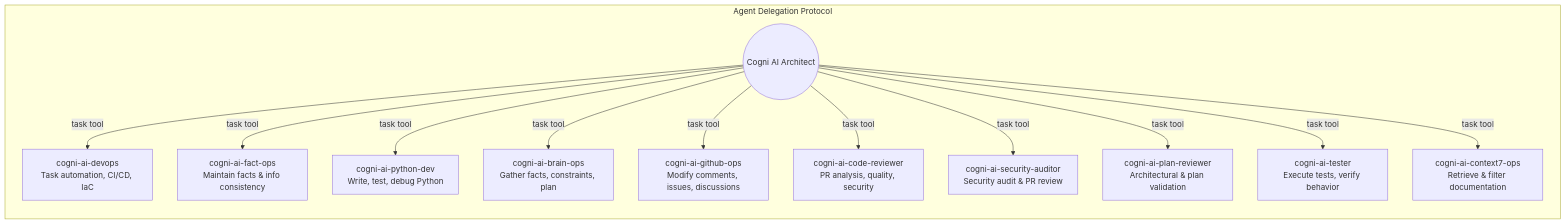
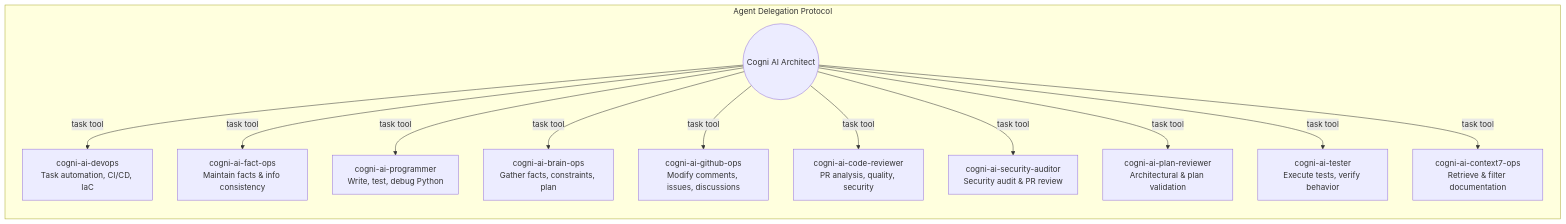
Before and after one commit to Cogni-AI-OU/cogni-ai-agentic-collections: the first of 2 diagrams in skills/subagent-task/SKILL.md, drawn with Mermaid. The commit also changed other lines of this file and 9 other files, not shown here.

Commit message:
Setup cogni-ai-programmer plugin.

````diff
--- a/skills/subagent-task/SKILL.md
+++ b/skills/subagent-task/SKILL.md
@@ -44,20 +44,20 @@
 ```mermaid
 %% --------------------------------------------------------
 %% Agent Delegation Protocol
 %% --------------------------------------------------------
 flowchart TD
     subgraph Flow_Agent_Delegation ["Agent Delegation Protocol"]
         direction TB
         Arch((Cogni AI Architect))
         Arch -->|task tool| DevOps[cogni-ai-devops<br/>Task automation, CI/CD, IaC]
         Arch -->|task tool| FactOps[cogni-ai-fact-ops<br/>Maintain facts & info consistency]
-        Arch -->|task tool| PyDev[cogni-ai-python-dev<br/>Write, test, debug Python]
+        Arch -->|task tool| Programmer[cogni-ai-programmer<br/>Write, test, debug Python]
         Arch -->|task tool| BrainOps[cogni-ai-brain-ops<br/>Gather facts, constraints, plan]
         Arch -->|task tool| GHOps[cogni-ai-github-ops<br/>Modify comments, issues, discussions]
         Arch -->|task tool| CodeRev[cogni-ai-code-reviewer<br/>PR analysis, quality, security]
         Arch -->|task tool| SecAud[cogni-ai-security-auditor<br/>Security audit & PR review]
         Arch -->|task tool| PlanRev[cogni-ai-plan-reviewer<br/>Architectural & plan validation]
         Arch -->|task tool| Tester[cogni-ai-tester<br/>Execute tests, verify behavior]
         Arch -->|task tool| C7Ops[cogni-ai-context7-ops<br/>Retrieve & filter documentation]
     end
 ```
````
